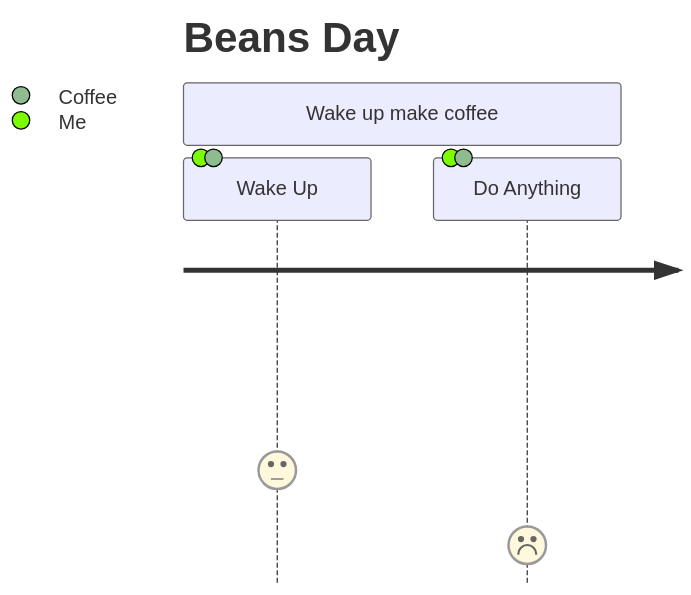
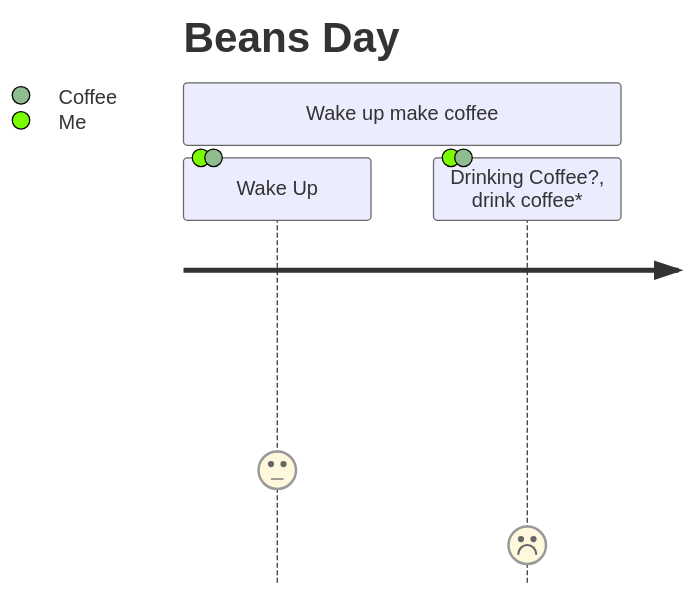
One commit to MrBeansCoff/MrBeansCoff changed the diagram in README.md. Above: the diagram before and after it, drawn with Mermaid.

````diff
--- a/README.md
+++ b/README.md
@@ -137,8 +137,8 @@
 ```mermaid
  journey
    title Beans Day
 
    section Wake up make coffee
       Wake Up: 3: Me, Coffee
-      Do Anything: 1: Me, Coffee
+      Drinking Coffee?, drink coffee*: 1: Me, Coffee
 ```
````
